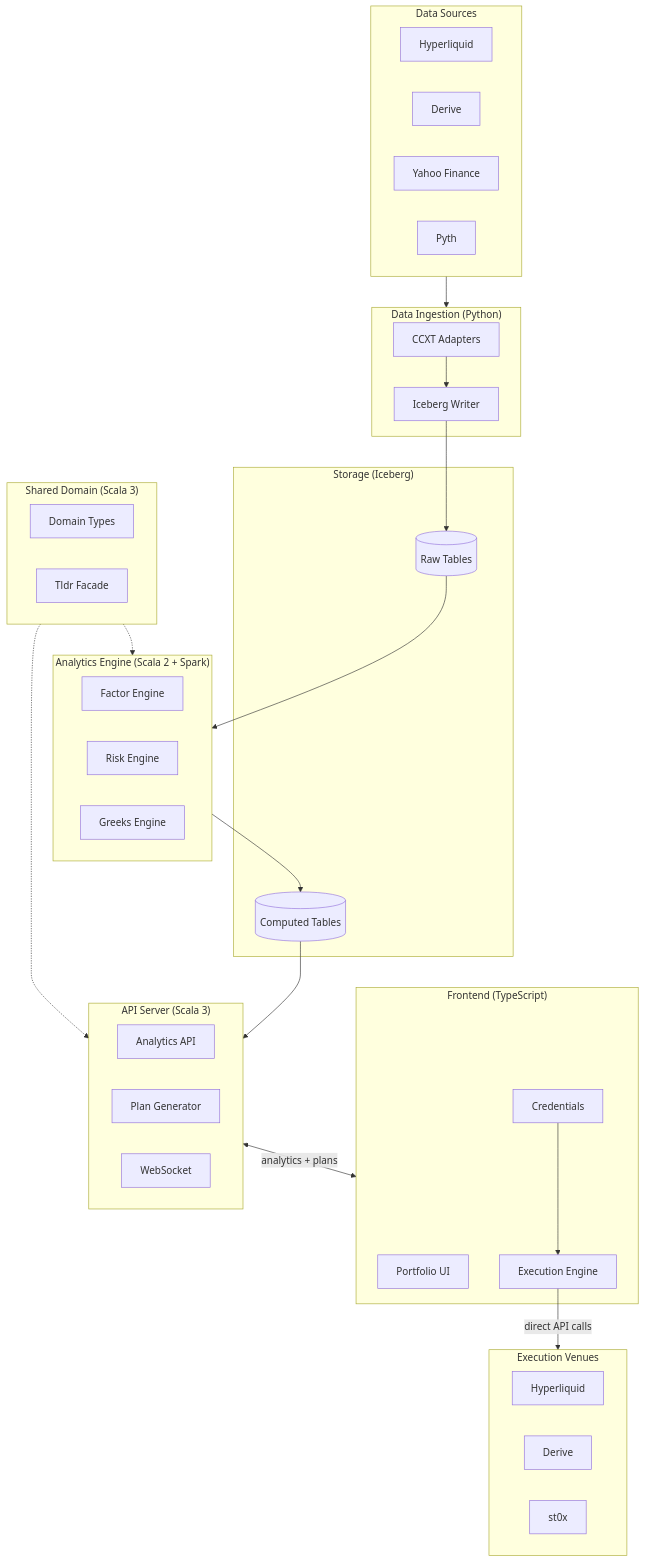
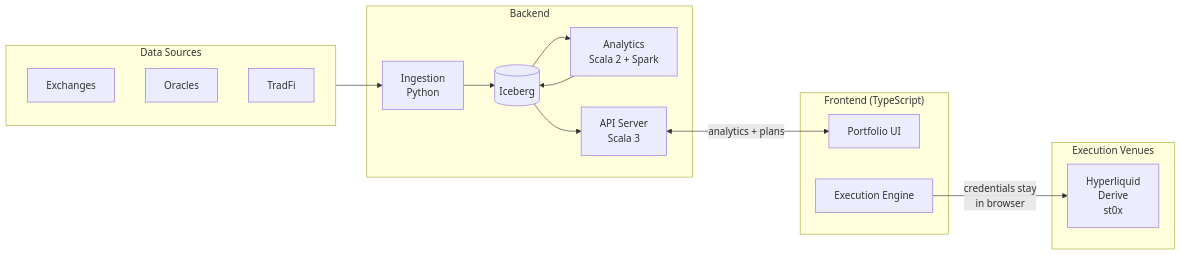
One commit to dataclique/moneymentum changed the second of 17 diagrams in SPEC.md. Above: the diagram before and after it, drawn with Mermaid. The commit also changed other lines of this file, not shown here.

Commit message:
fix diagrams

````diff
--- a/SPEC.md
+++ b/SPEC.md
@@ -114,60 +106,33 @@
 ```mermaid
-flowchart TB
-    subgraph DataSources["Data Sources"]
-        HL_D[Hyperliquid]
-        DRV_D[Derive]
-        YF[Yahoo Finance]
-        PY[Pyth]
+flowchart LR
+    subgraph Sources["Data Sources"]
+        S1[Exchanges]
+        S2[Oracles]
+        S3[TradFi]
     end
 
-    subgraph Ingestion["Data Ingestion (Python)"]
-        DA[CCXT Adapters]
-        IW[Iceberg Writer]
-        DA --> IW
-    end
+    subgraph Backend
+        ING[Ingestion<br/>Python]
+        ICE[(Iceberg)]
+        SPARK[Analytics<br/>Scala 2 + Spark]
+        API[API Server<br/>Scala 3]
 
-    subgraph Storage["Storage (Iceberg)"]
-        RAW[(Raw Tables)]
-        COMP[(Computed Tables)]
-    end
-
-    subgraph Analytics["Analytics Engine (Scala 2 + Spark)"]
-        FEN[Factor Engine]
-        REN[Risk Engine]
-        GEN[Greeks Engine]
-    end
-
-    subgraph Shared["Shared Domain (Scala 3)"]
-        DT[Domain Types]
-        TL[Tldr Facade]
-    end
-
-    subgraph API["API Server (Scala 3)"]
-        REST[Analytics API]
-        PLAN[Plan Generator]
-        WS[WebSocket]
+        ING --> ICE
+        ICE --> SPARK
+        SPARK --> ICE
+        ICE --> API
     end
 
     subgraph Frontend["Frontend (TypeScript)"]
         UI[Portfolio UI]
         EX[Execution Engine]
-        CRED[Credentials]
     end
 
-    subgraph ExecVenues["Execution Venues"]
-        HL_E[Hyperliquid]
-        DRV_E[Derive]
-        ST[st0x]
+    subgraph Venues["Execution Venues"]
+        V[Hyperliquid<br/>Derive<br/>st0x]
     end
 
-    DataSources --> Ingestion
-    IW --> RAW
-    RAW --> Analytics
-    Analytics --> COMP
-    Shared -.-> Analytics
-    Shared -.-> API
-    COMP --> API
-    API <-->|analytics + plans| Frontend
-    EX -->|direct API calls| ExecVenues
-    CRED --> EX
+    Sources --> ING
+    API <-->|analytics + plans| UI
+    EX -->|credentials stay<br/>in browser| V
 ```
````
